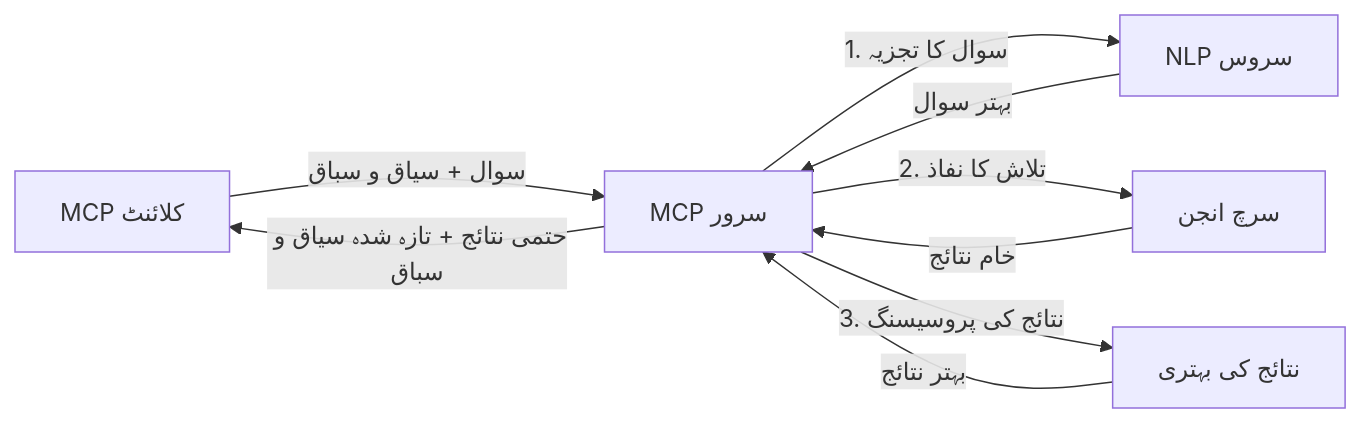
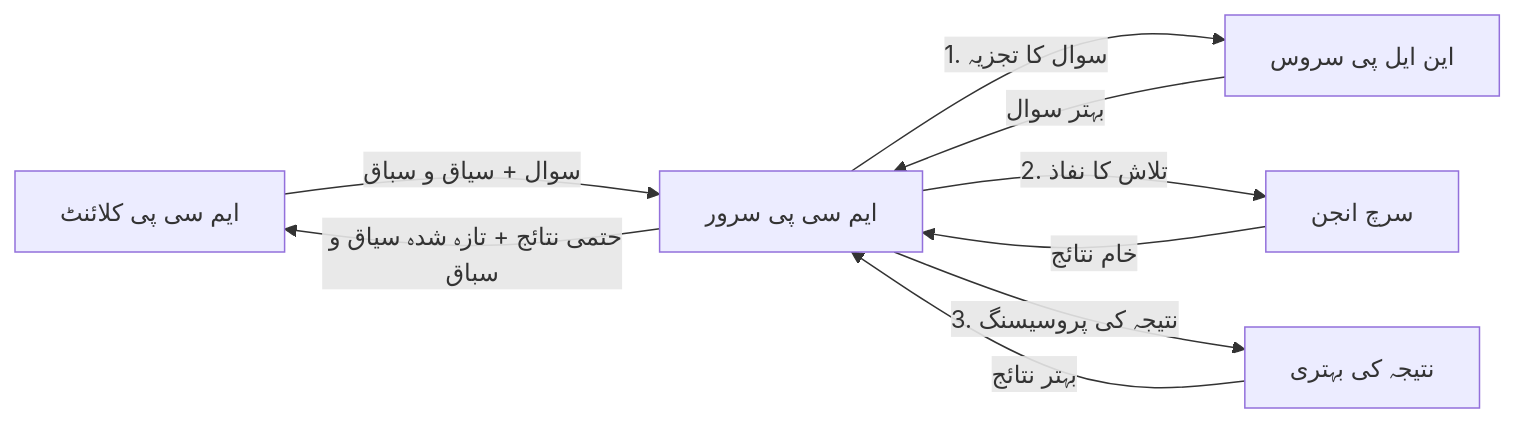
One commit to microsoft/mcp-for-beginners changed the fourth of 4 diagrams in translations/ur/05-AdvancedTopics/mcp-realtimesearch/README.md. Above: the diagram before and after it, drawn with Mermaid. The commit also changed other lines of this file and 118 other files, not shown here.

````diff
--- a/translations/ur/05-AdvancedTopics/mcp-realtimesearch/README.md
+++ b/translations/ur/05-AdvancedTopics/mcp-realtimesearch/README.md
@@ -627,11 +628,11 @@
 ```mermaid
 graph LR
-    Client[MCP کلائنٹ] --> |سوال + سیاق و سباق| Server[MCP سرور]
-    Server --> |1. سوال کا تجزیہ| NLP[NLP سروس]
+    Client[ایم سی پی کلائنٹ] --> |سوال + سیاق و سباق| Server[ایم سی پی سرور]
+    Server --> |1. سوال کا تجزیہ| NLP[این ایل پی سروس]
     NLP --> |بہتر سوال| Server
     Server --> |2. تلاش کا نفاذ| Search[سرچ انجن]
     Search --> |خام نتائج| Server
-    Server --> |3. نتائج کی پروسیسنگ| Enhancement[نتائج کی بہتری]
+    Server --> |3. نتیجہ کی پروسیسنگ| Enhancement[نتیجہ کی بہتری]
     Enhancement --> |بہتر نتائج| Server
     Server --> |حتمی نتائج + تازہ شدہ سیاق و سباق| Client
 ```
````
